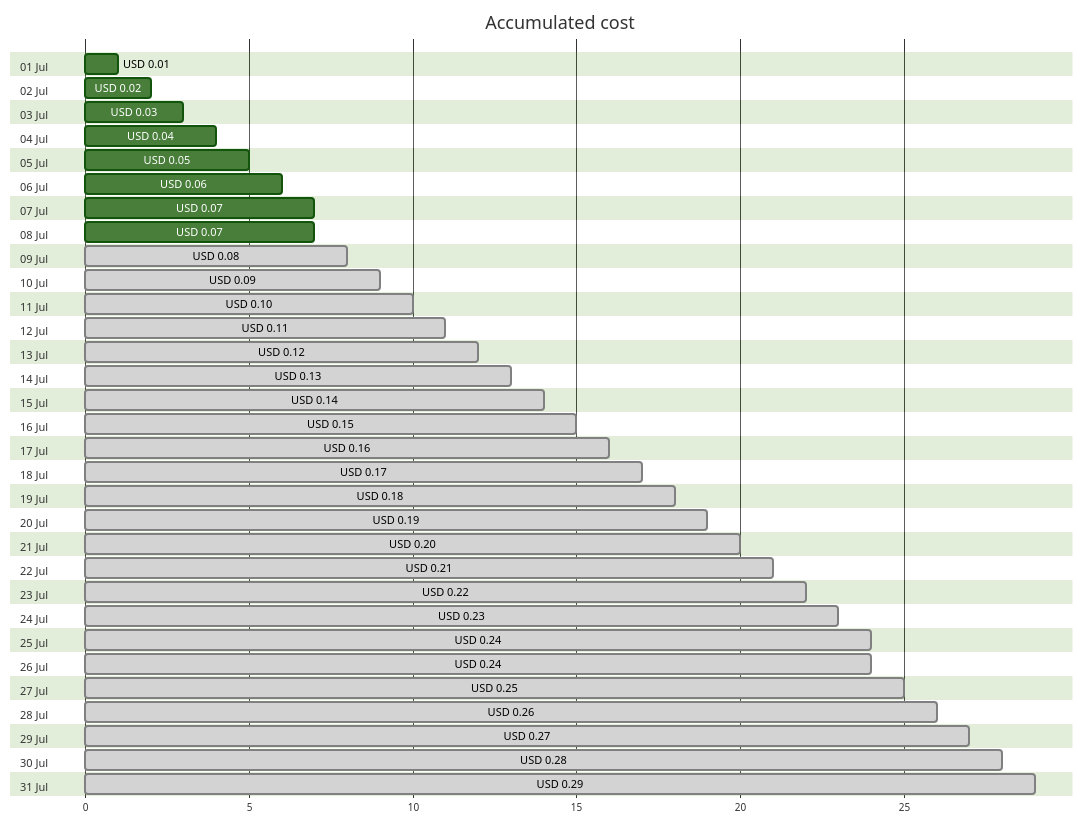
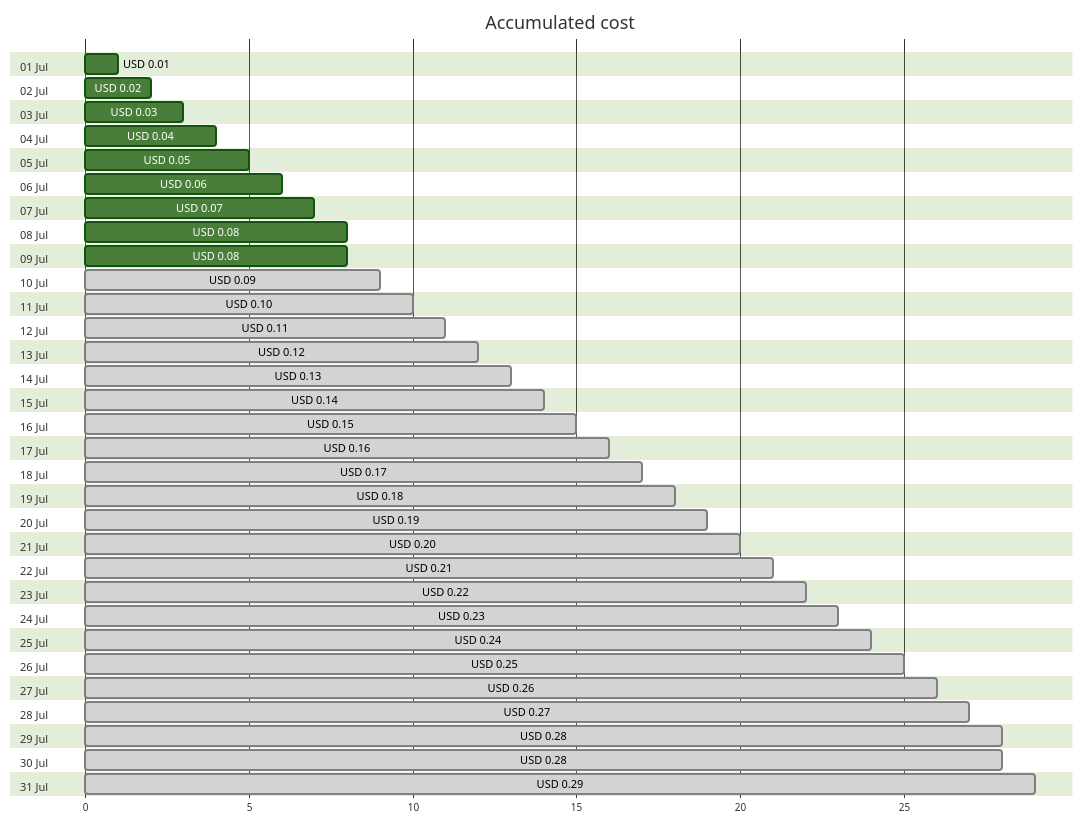
One commit to jpfulton/azure-personal-reports changed the first of 4 diagrams in cost-reports/cloud-shell-storage-eastus/README.md. Above: the diagram before and after it, drawn with Mermaid (forest theme). The commit also changed other lines of this file and 1 other file, not shown here.

````diff
--- a/cost-reports/cloud-shell-storage-eastus/README.md
+++ b/cost-reports/cloud-shell-storage-eastus/README.md
@@ -20,68 +20,68 @@
 ```mermaid
 gantt
    title Accumulated cost
    dateFormat  X
    axisFormat %s
    section 01 Jul
    USD 0.01 :0, 1
    section 02 Jul
    USD 0.02 :0, 2
    section 03 Jul
    USD 0.03 :0, 3
    section 04 Jul
    USD 0.04 :0, 4
    section 05 Jul
    USD 0.05 :0, 5
    section 06 Jul
    USD 0.06 :0, 6
    section 07 Jul
    USD 0.07 :0, 7
    section 08 Jul
-   USD 0.07 :0, 7
+   USD 0.08 :0, 8
    section 09 Jul
-   USD 0.08 : done, 0, 8
+   USD 0.08 :0, 8
    section 10 Jul
    USD 0.09 : done, 0, 9
    section 11 Jul
    USD 0.10 : done, 0, 10
    section 12 Jul
    USD 0.11 : done, 0, 11
    section 13 Jul
    USD 0.12 : done, 0, 12
    section 14 Jul
    USD 0.13 : done, 0, 13
    section 15 Jul
    USD 0.14 : done, 0, 14
    section 16 Jul
    USD 0.15 : done, 0, 15
    section 17 Jul
    USD 0.16 : done, 0, 16
    section 18 Jul
    USD 0.17 : done, 0, 17
    section 19 Jul
    USD 0.18 : done, 0, 18
    section 20 Jul
    USD 0.19 : done, 0, 19
    section 21 Jul
    USD 0.20 : done, 0, 20
    section 22 Jul
    USD 0.21 : done, 0, 21
    section 23 Jul
    USD 0.22 : done, 0, 22
    section 24 Jul
    USD 0.23 : done, 0, 23
    section 25 Jul
    USD 0.24 : done, 0, 24
    section 26 Jul
-   USD 0.24 : done, 0, 24
+   USD 0.25 : done, 0, 25
    section 27 Jul
-   USD 0.25 : done, 0, 25
+   USD 0.26 : done, 0, 26
    section 28 Jul
-   USD 0.26 : done, 0, 26
+   USD 0.27 : done, 0, 27
    section 29 Jul
-   USD 0.27 : done, 0, 27
+   USD 0.28 : done, 0, 28
    section 30 Jul
    USD 0.28 : done, 0, 28
    section 31 Jul
    USD 0.29 : done, 0, 29
 ```
````
